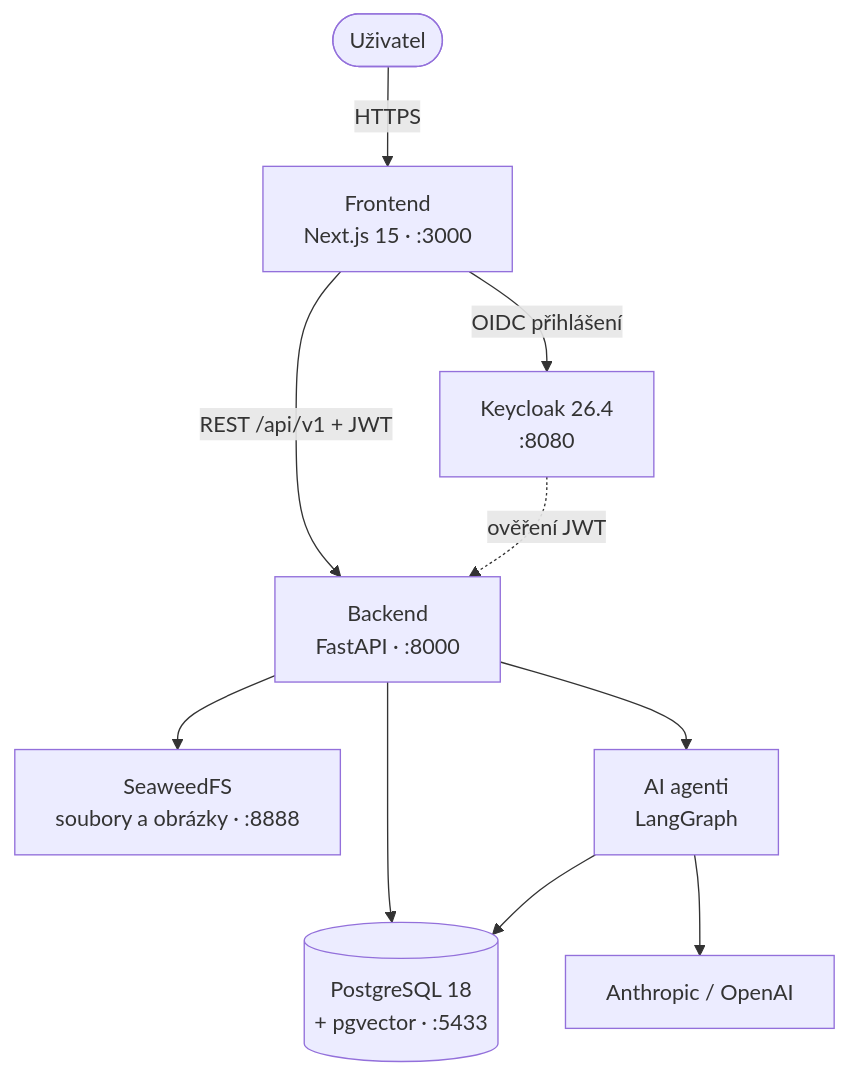
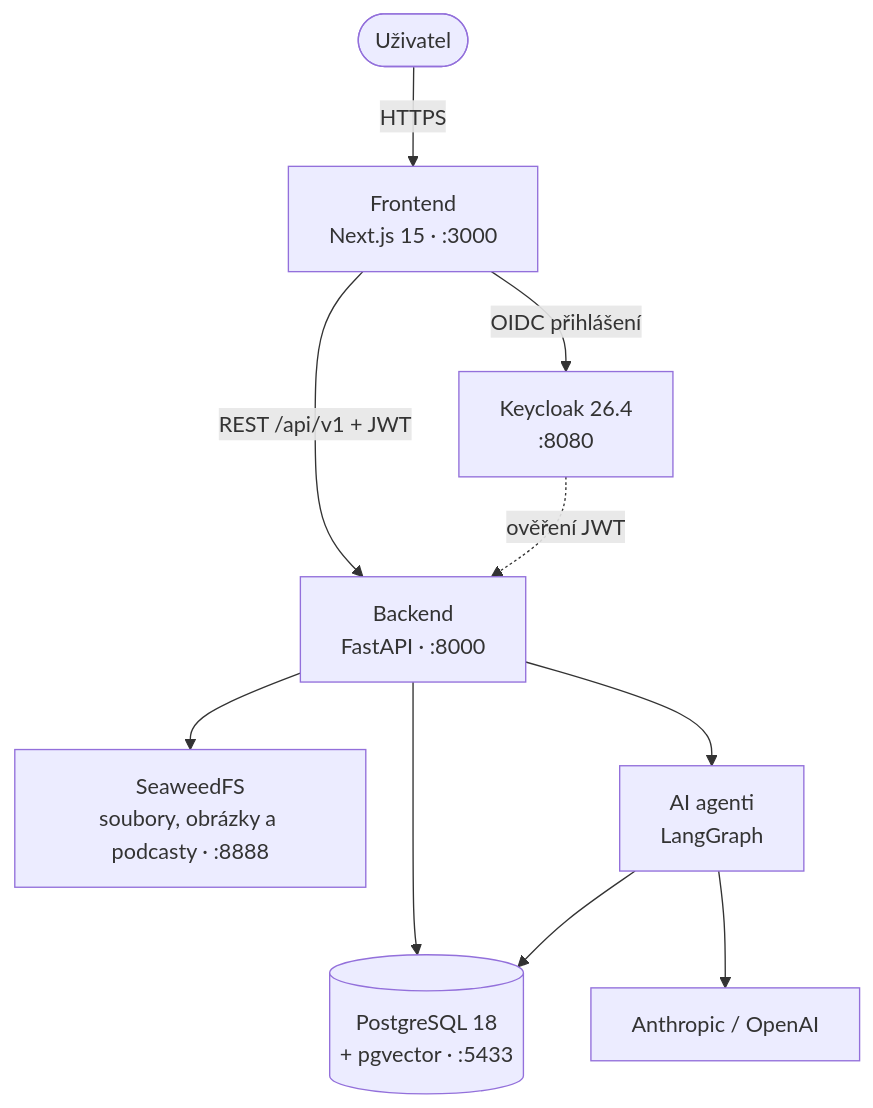
The diagram in docs/architecture.md (markuss23/praktik-ai), drawn with Mermaid before and after one commit. The commit also changed other lines of this file and 19 other files, not shown here.

````diff
--- a/docs/architecture.md
+++ b/docs/architecture.md
@@ -5,12 +5,12 @@
 ```mermaid
 flowchart TD
     U([Uživatel]) -->|HTTPS| FE["Frontend<br/>Next.js 15 · :3000"]
     FE -->|OIDC přihlášení| KC["Keycloak 26.4<br/>:8080"]
     FE -->|REST /api/v1 + JWT| API["Backend<br/>FastAPI · :8000"]
     KC -.->|ověření JWT| API
     API --> DB[("PostgreSQL 18<br/>+ pgvector · :5433")]
-    API --> S3["SeaweedFS<br/>soubory a obrázky · :8888"]
+    API --> S3["SeaweedFS<br/>soubory, obrázky a podcasty · :8888"]
     API --> AG["AI agenti<br/>LangGraph"]
     AG --> DB
     AG --> LLM["Anthropic / OpenAI"]
 ```
````
